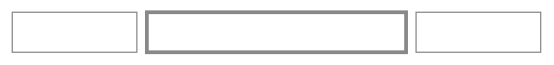
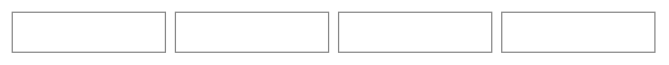
The third of 36 diagrams in src/apps/pinch/UX.md (NovaMoonX/moondreams-dev-apps), drawn with Mermaid before and after one commit. The commit also changed other lines of this file and 39 other files, not shown here.

````diff
--- a/src/apps/pinch/UX.md
+++ b/src/apps/pinch/UX.md
@@ -97,11 +108,13 @@
 ```mermaid
 %%{init: {'theme': 'base', 'themeVariables': {'primaryColor': 'transparent', 'primaryBorderColor': '#888888', 'primaryTextColor': '#333333', 'lineColor': '#888888'}}}%%
 block-beta
   columns 4
   B1["🗓️ Calendar"]:1
-  B2["[ 🍲 RECIPES ]"]:2
+  B2["🍲 Recipes"]:1
   B3["🧺 Kitchen"]:1
+  B4["📋 Shopping  ⑦"]:1
   style B1 fill:transparent,stroke:#888888,stroke-width:1px;
-  style B2 fill:transparent,stroke:#888888,stroke-width:3px;
+  style B2 fill:transparent,stroke:#888888,stroke-width:1px;
   style B3 fill:transparent,stroke:#888888,stroke-width:1px;
+  style B4 fill:transparent,stroke:#888888,stroke-width:1px;
 ```
````
